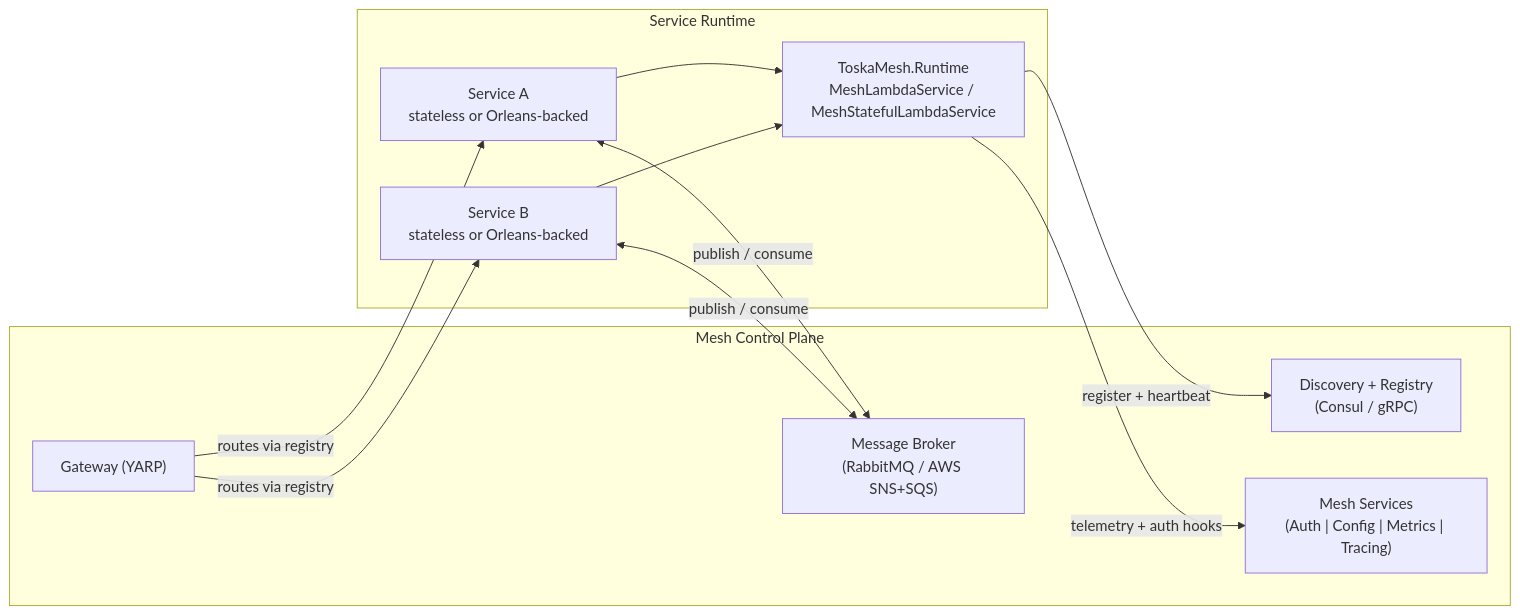
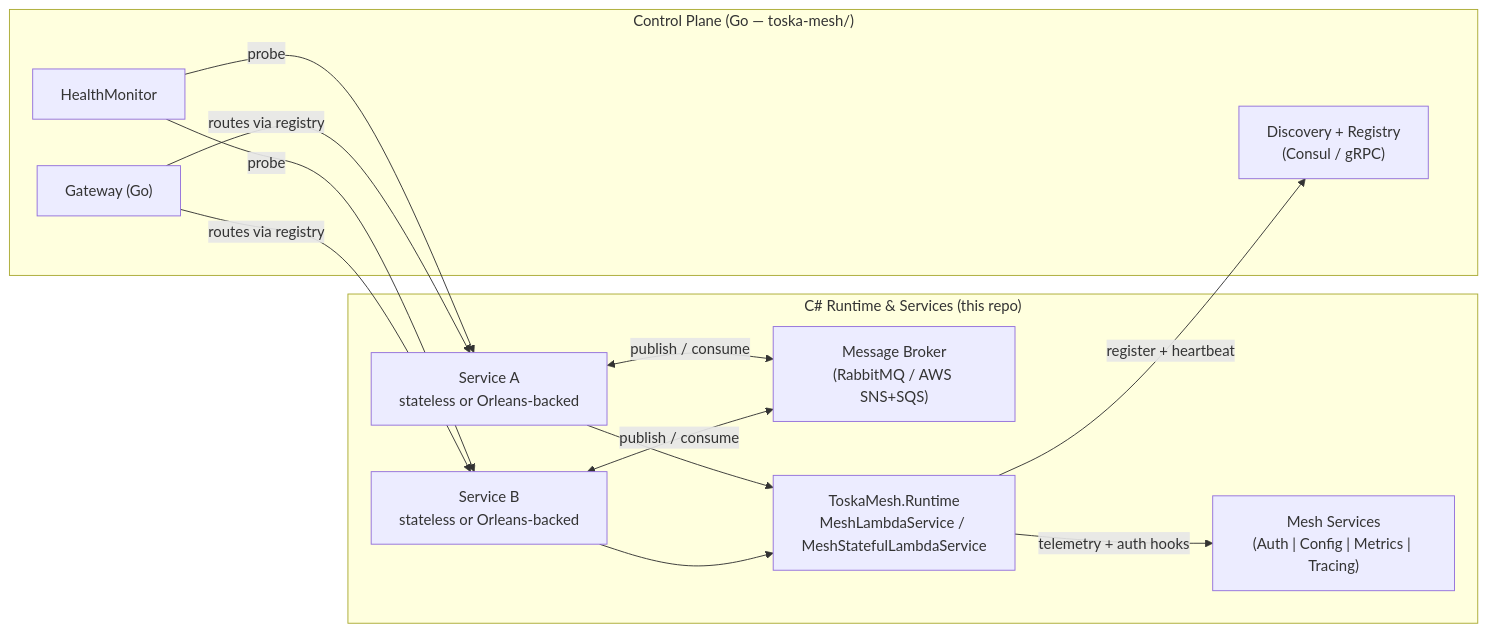
The first of 3 diagrams in README.md (abstractivemachines/toska-mesh-cs), drawn with Mermaid before and after one commit. The commit also changed other lines of this file, not shown here.

First line of the commit message:
Update README for Go control plane migration

````diff
--- a/README.md
+++ b/README.md
@@ -53,24 +52,27 @@
 ```mermaid
 flowchart LR
-    subgraph Mesh Control Plane
-        Gateway["Gateway (YARP)"]
+    subgraph Control Plane ["Control Plane (Go — toska-mesh/)"]
+        Gateway["Gateway (Go)"]
         Discovery["Discovery + Registry\n(Consul / gRPC)"]
+        HealthMon["HealthMonitor"]
+    end
+
+    subgraph This Repo ["C# Runtime & Services (this repo)"]
         Ops["Mesh Services\n(Auth | Config | Metrics | Tracing)"]
         Broker["Message Broker\n(RabbitMQ / AWS SNS+SQS)"]
-    end
-
-    subgraph Service Runtime
         ServiceA[Service A\nstateless or Orleans-backed]
         ServiceB[Service B\nstateless or Orleans-backed]
         Runtime[ToskaMesh.Runtime\nMeshLambdaService / MeshStatefulLambdaService]
     end
 
     ServiceA --> Runtime
     ServiceB --> Runtime
     Runtime -->|register + heartbeat| Discovery
+    HealthMon -->|probe| ServiceA
+    HealthMon -->|probe| ServiceB
     Gateway -->|routes via registry| ServiceA
     Gateway -->|routes via registry| ServiceB
     Runtime -->|telemetry + auth hooks| Ops
     ServiceA <-->|publish / consume| Broker
     ServiceB <-->|publish / consume| Broker
 ```
````
